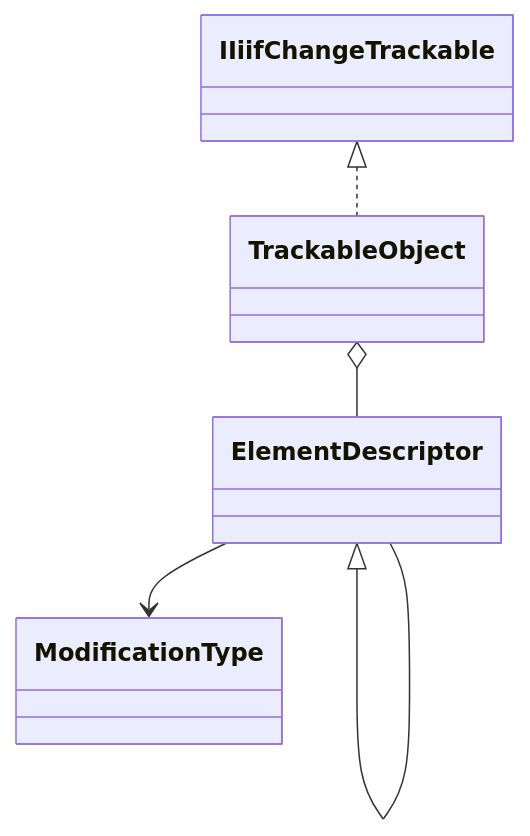
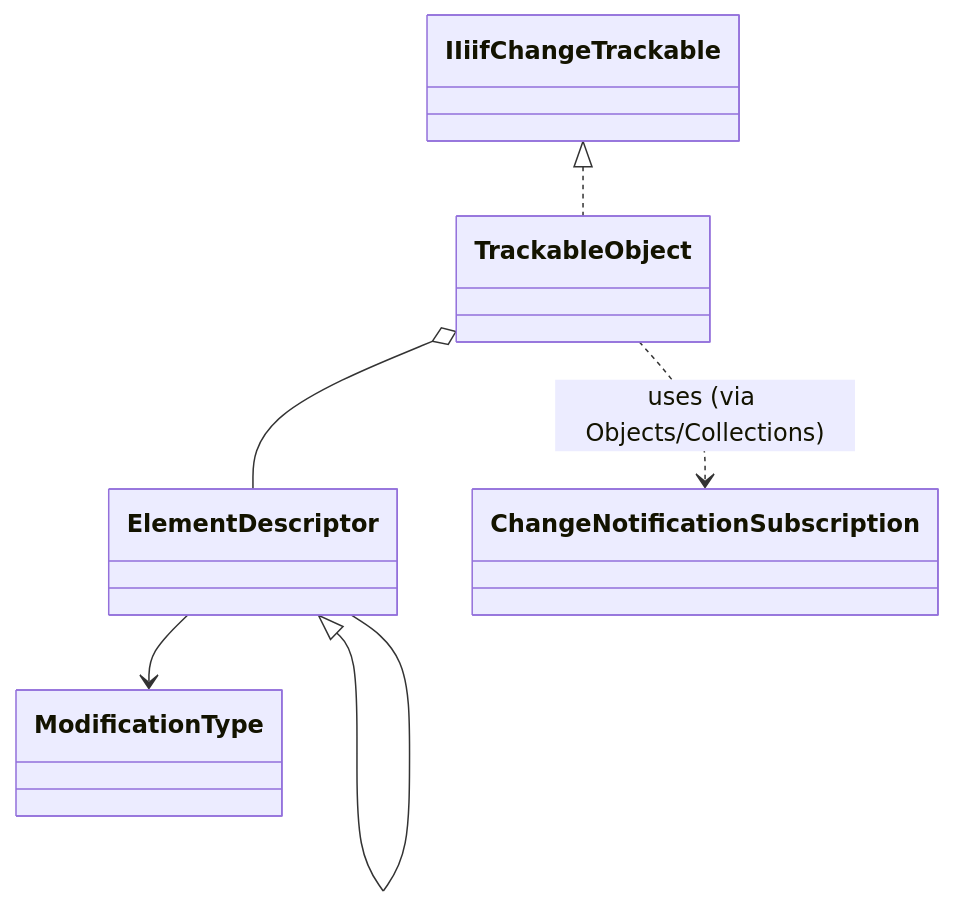
One commit to KiarashMinoo/IIIF.Manifest.Serializer.Net changed the diagram in docs/Shared/Trackable/Core/README.md. Above: the diagram before and after it, drawn with Mermaid. The commit also changed other lines of this file and 14 other files, not shown here.

````diff
--- a/docs/Shared/Trackable/Core/README.md
+++ b/docs/Shared/Trackable/Core/README.md
@@ -17,7 +18,8 @@
 ```mermaid
 classDiagram
     IIiifChangeTrackable <|.. TrackableObject
     TrackableObject o-- ElementDescriptor
     ElementDescriptor~T~ --> ModificationType
     ElementDescriptor~object~ <|-- ElementDescriptor
+    TrackableObject ..> ChangeNotificationSubscription : uses (via Objects/Collections)
 ```
````
